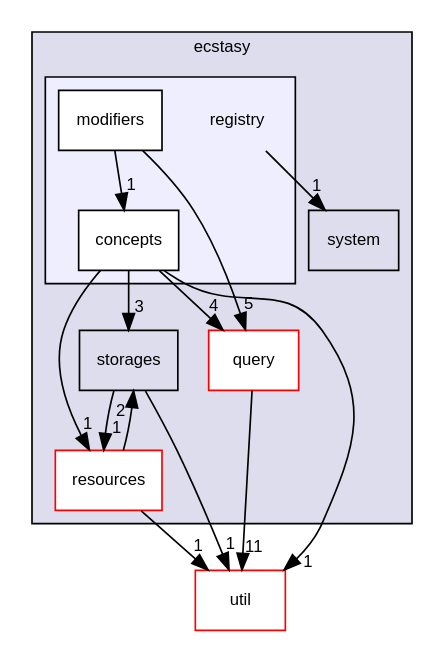
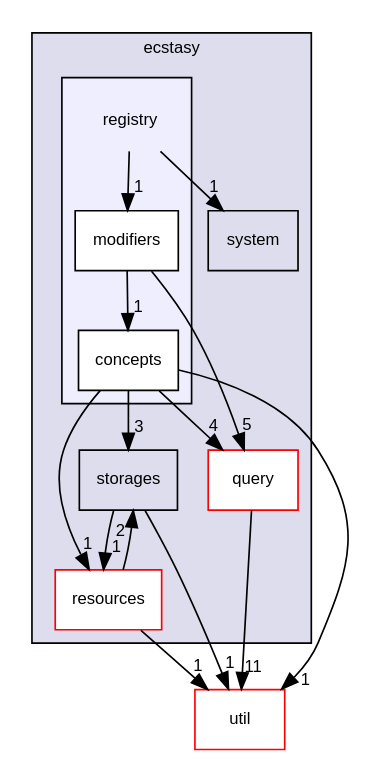
Before and after one commit to AndreasLrx/ecstasy: the diagram in dir_27d9dd95bf0309eb27f3bb61fbabadeb_dep.dot, drawn with Graphviz. The commit also changed 437 other files, not shown here.

```diff
--- a/dir_27d9dd95bf0309eb27f3bb61fbabadeb_dep.dot
+++ b/dir_27d9dd95bf0309eb27f3bb61fbabadeb_dep.dot
@@ -1,31 +1,32 @@
 digraph "src/ecstasy/registry" {
   compound=true
   node [ fontsize="10", fontname="Helvetica"];
   edge [ labelfontsize="10", labelfontname="Helvetica"];
   subgraph clusterdir_6b0b9537e2784bce85aaa1605580a3a0 {
     graph [ bgcolor="#ddddee", pencolor="black", label="ecstasy" fontname="Helvetica", fontsize="10", URL="dir_6b0b9537e2784bce85aaa1605580a3a0.html"]
   dir_4a1419ba0e8125a1fc6aeccf1492e850 [shape=box label="storages" URL="dir_4a1419ba0e8125a1fc6aeccf1492e850.html"];
   dir_5392b01d02c3d4d0985a94f633790057 [shape=box label="query" fillcolor="white" style="filled" color="red" URL="dir_5392b01d02c3d4d0985a94f633790057.html"];
   dir_8c1a170fbd0a5283d7ed264cf6df56b3 [shape=box label="resources" fillcolor="white" style="filled" color="red" URL="dir_8c1a170fbd0a5283d7ed264cf6df56b3.html"];
   dir_bb1f71bfffde0d1688dd5f7686f27ec6 [shape=box label="system" URL="dir_bb1f71bfffde0d1688dd5f7686f27ec6.html"];
   subgraph clusterdir_27d9dd95bf0309eb27f3bb61fbabadeb {
     graph [ bgcolor="#eeeeff", pencolor="black", label="" URL="dir_27d9dd95bf0309eb27f3bb61fbabadeb.html"];
     dir_27d9dd95bf0309eb27f3bb61fbabadeb [shape=plaintext label="registry"];
   dir_ad0f2e67b9fd29470a4755844bab987a [shape=box label="concepts" fillcolor="white" style="filled" URL="dir_ad0f2e67b9fd29470a4755844bab987a.html"];
   dir_111081be33024a2569ed30c090db96c5 [shape=box label="modifiers" fillcolor="white" style="filled" URL="dir_111081be33024a2569ed30c090db96c5.html"];
   }
   }
   dir_b7878ad5ecbf2506f4125b9d34c97e45 [shape=box label="util" fillcolor="white" style="filled" color="red" URL="dir_b7878ad5ecbf2506f4125b9d34c97e45.html"];
-  dir_111081be33024a2569ed30c090db96c5->dir_5392b01d02c3d4d0985a94f633790057 [headlabel="5", labeldistance=1.5 headhref="dir_000018_000012.html"];
-  dir_111081be33024a2569ed30c090db96c5->dir_ad0f2e67b9fd29470a4755844bab987a [headlabel="1", labeldistance=1.5 headhref="dir_000018_000017.html"];
-  dir_5392b01d02c3d4d0985a94f633790057->dir_b7878ad5ecbf2506f4125b9d34c97e45 [headlabel="11", labeldistance=1.5 headhref="dir_000012_000027.html"];
-  dir_4a1419ba0e8125a1fc6aeccf1492e850->dir_8c1a170fbd0a5283d7ed264cf6df56b3 [headlabel="1", labeldistance=1.5 headhref="dir_000021_000019.html"];
-  dir_4a1419ba0e8125a1fc6aeccf1492e850->dir_b7878ad5ecbf2506f4125b9d34c97e45 [headlabel="1", labeldistance=1.5 headhref="dir_000021_000027.html"];
-  dir_8c1a170fbd0a5283d7ed264cf6df56b3->dir_4a1419ba0e8125a1fc6aeccf1492e850 [headlabel="2", labeldistance=1.5 headhref="dir_000019_000021.html"];
-  dir_8c1a170fbd0a5283d7ed264cf6df56b3->dir_b7878ad5ecbf2506f4125b9d34c97e45 [headlabel="1", labeldistance=1.5 headhref="dir_000019_000027.html"];
-  dir_27d9dd95bf0309eb27f3bb61fbabadeb->dir_bb1f71bfffde0d1688dd5f7686f27ec6 [headlabel="1", labeldistance=1.5 headhref="dir_000016_000026.html"];
-  dir_ad0f2e67b9fd29470a4755844bab987a->dir_4a1419ba0e8125a1fc6aeccf1492e850 [headlabel="3", labeldistance=1.5 headhref="dir_000017_000021.html"];
-  dir_ad0f2e67b9fd29470a4755844bab987a->dir_5392b01d02c3d4d0985a94f633790057 [headlabel="4", labeldistance=1.5 headhref="dir_000017_000012.html"];
-  dir_ad0f2e67b9fd29470a4755844bab987a->dir_8c1a170fbd0a5283d7ed264cf6df56b3 [headlabel="1", labeldistance=1.5 headhref="dir_000017_000019.html"];
-  dir_ad0f2e67b9fd29470a4755844bab987a->dir_b7878ad5ecbf2506f4125b9d34c97e45 [headlabel="1", labeldistance=1.5 headhref="dir_000017_000027.html"];
+  dir_111081be33024a2569ed30c090db96c5->dir_5392b01d02c3d4d0985a94f633790057 [headlabel="5", labeldistance=1.5 headhref="dir_000019_000013.html"];
+  dir_111081be33024a2569ed30c090db96c5->dir_ad0f2e67b9fd29470a4755844bab987a [headlabel="1", labeldistance=1.5 headhref="dir_000019_000018.html"];
+  dir_5392b01d02c3d4d0985a94f633790057->dir_b7878ad5ecbf2506f4125b9d34c97e45 [headlabel="11", labeldistance=1.5 headhref="dir_000013_000027.html"];
+  dir_4a1419ba0e8125a1fc6aeccf1492e850->dir_8c1a170fbd0a5283d7ed264cf6df56b3 [headlabel="1", labeldistance=1.5 headhref="dir_000022_000020.html"];
+  dir_4a1419ba0e8125a1fc6aeccf1492e850->dir_b7878ad5ecbf2506f4125b9d34c97e45 [headlabel="1", labeldistance=1.5 headhref="dir_000022_000027.html"];
+  dir_8c1a170fbd0a5283d7ed264cf6df56b3->dir_4a1419ba0e8125a1fc6aeccf1492e850 [headlabel="2", labeldistance=1.5 headhref="dir_000020_000022.html"];
+  dir_8c1a170fbd0a5283d7ed264cf6df56b3->dir_b7878ad5ecbf2506f4125b9d34c97e45 [headlabel="1", labeldistance=1.5 headhref="dir_000020_000027.html"];
+  dir_27d9dd95bf0309eb27f3bb61fbabadeb->dir_111081be33024a2569ed30c090db96c5 [headlabel="1", labeldistance=1.5 headhref="dir_000017_000019.html"];
+  dir_27d9dd95bf0309eb27f3bb61fbabadeb->dir_bb1f71bfffde0d1688dd5f7686f27ec6 [headlabel="1", labeldistance=1.5 headhref="dir_000017_000023.html"];
+  dir_ad0f2e67b9fd29470a4755844bab987a->dir_4a1419ba0e8125a1fc6aeccf1492e850 [headlabel="3", labeldistance=1.5 headhref="dir_000018_000022.html"];
+  dir_ad0f2e67b9fd29470a4755844bab987a->dir_5392b01d02c3d4d0985a94f633790057 [headlabel="4", labeldistance=1.5 headhref="dir_000018_000013.html"];
+  dir_ad0f2e67b9fd29470a4755844bab987a->dir_8c1a170fbd0a5283d7ed264cf6df56b3 [headlabel="1", labeldistance=1.5 headhref="dir_000018_000020.html"];
+  dir_ad0f2e67b9fd29470a4755844bab987a->dir_b7878ad5ecbf2506f4125b9d34c97e45 [headlabel="1", labeldistance=1.5 headhref="dir_000018_000027.html"];
 }
```
